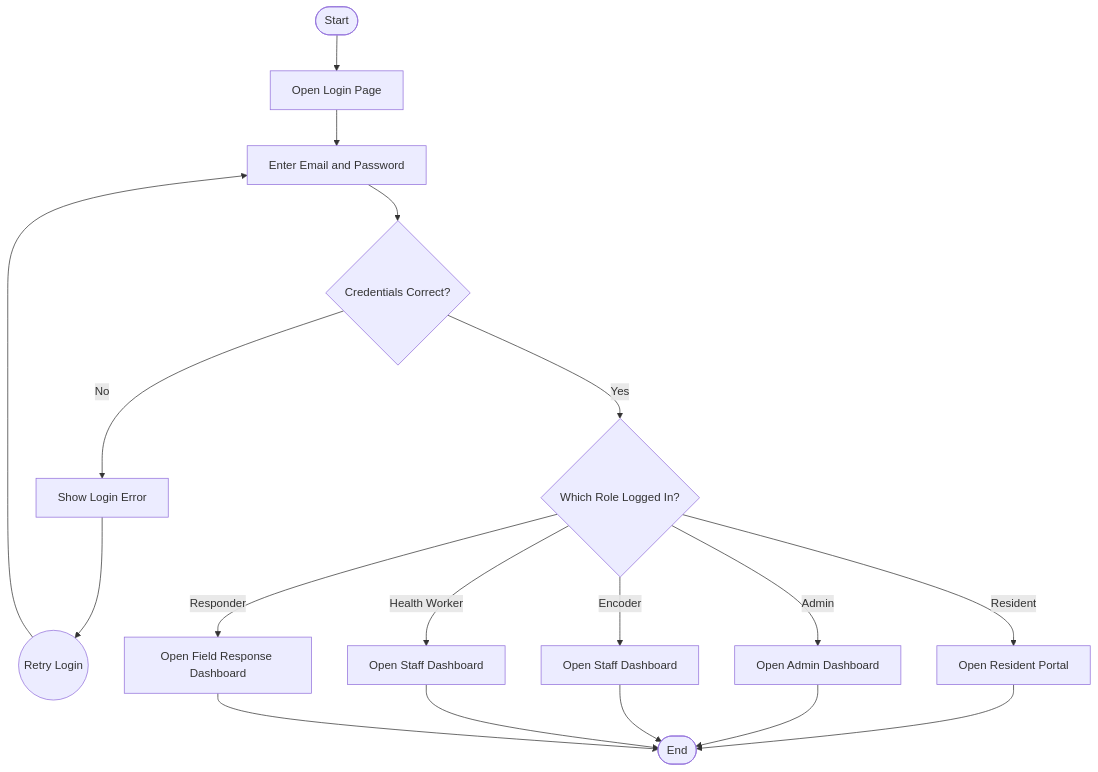
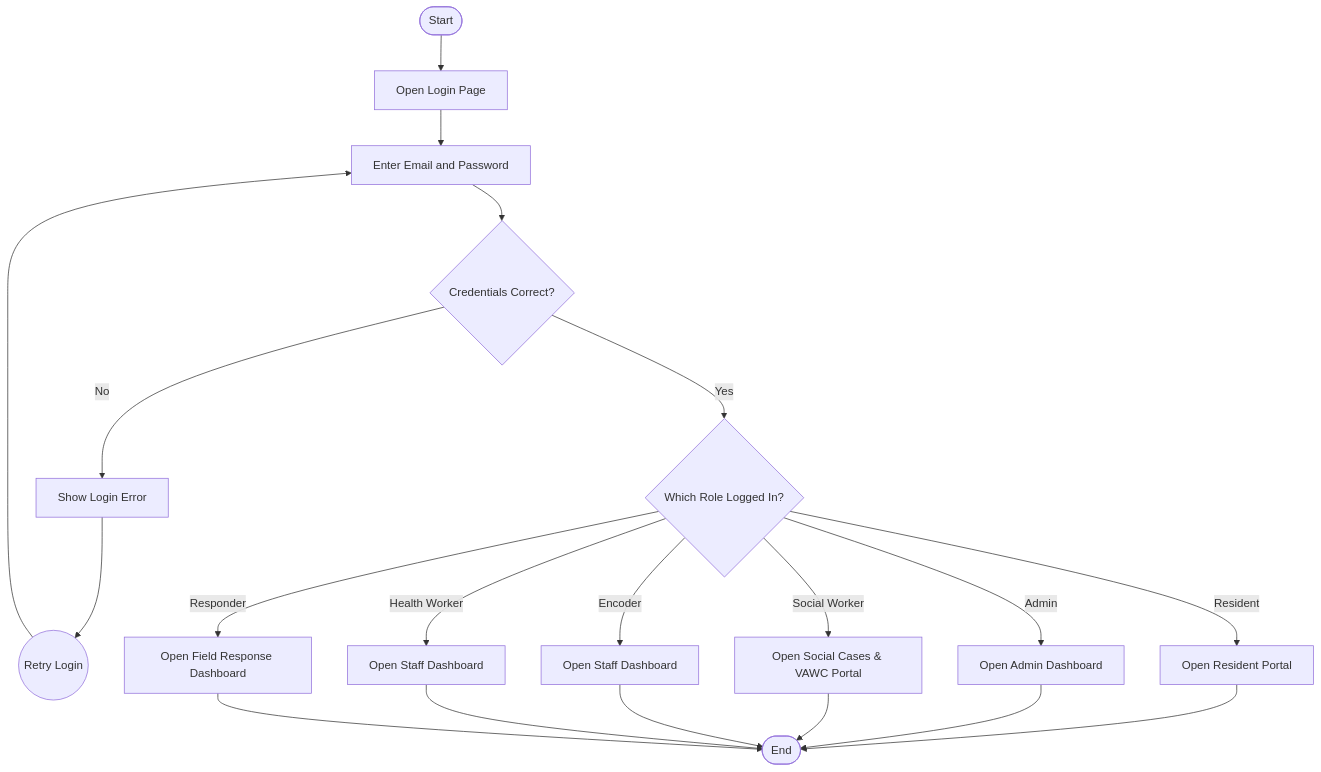
Before and after one commit to RICKYLER/pwa: the first of 7 diagrams in ROLE_UIUX_FLOWCHART.md, drawn with Mermaid. The commit also changed other lines of this file and 35 other files, not shown here.

Commit message:
feat: implement social cases, VAWC management, and solo parents registry modules with UI views, database migrations, and Excel import capabilities

````diff
--- a/ROLE_UIUX_FLOWCHART.md
+++ b/ROLE_UIUX_FLOWCHART.md
@@ -21,23 +21,25 @@
 ```mermaid
 flowchart TD
     START([Start]) --> LOGIN[Open Login Page]
     LOGIN --> ENTER[Enter Email and Password]
     ENTER --> VALID{Credentials Correct?}
 
     VALID -- No --> ERROR[Show Login Error]
     ERROR --> RETRY((Retry Login))
     RETRY --> ENTER
 
     VALID -- Yes --> ROLE{Which Role Logged In?}
     ROLE -- Resident --> RESIDENT[Open Resident Portal]
     ROLE -- Admin --> ADMIN[Open Admin Dashboard]
+    ROLE -- Social Worker --> CASES[Open Social Cases & VAWC Portal]
     ROLE -- Encoder --> ENCODER[Open Staff Dashboard]
     ROLE -- Health Worker --> HEALTH[Open Staff Dashboard]
     ROLE -- Responder --> RESPONDER[Open Field Response Dashboard]
 
     RESIDENT --> END([End])
     ADMIN --> END
+    CASES --> END
     ENCODER --> END
     HEALTH --> END
     RESPONDER --> END
 ```
````
